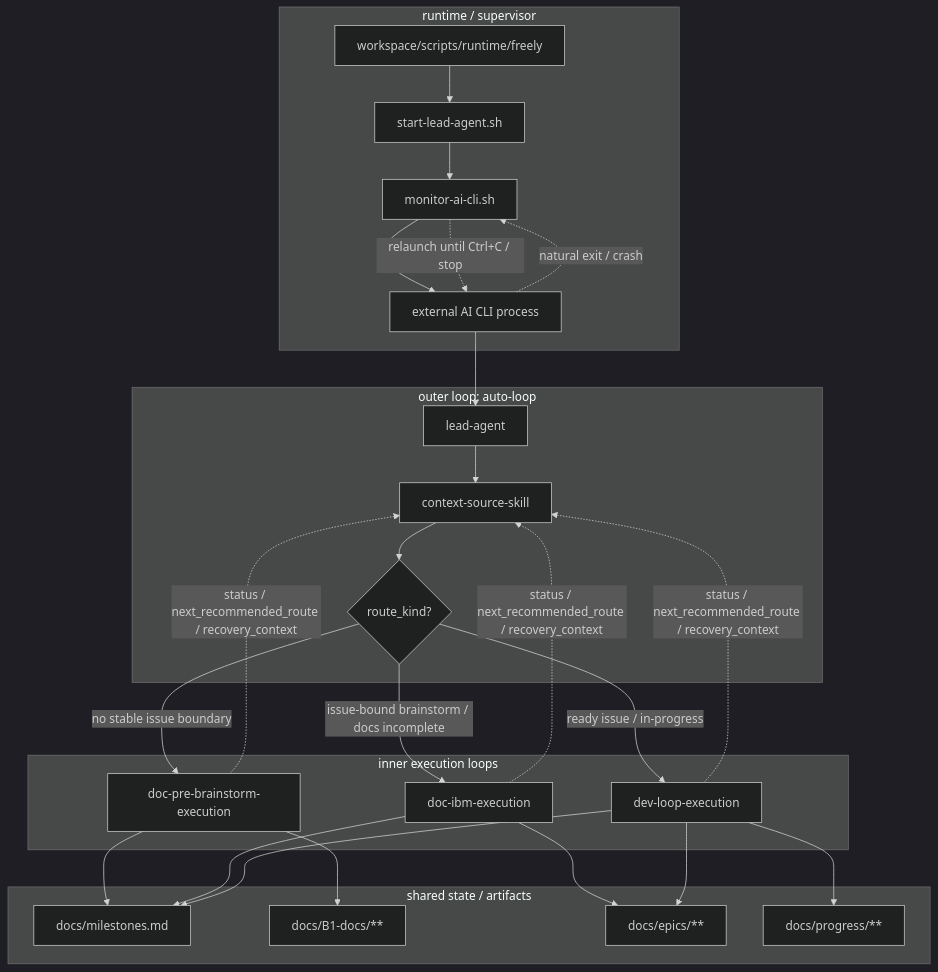
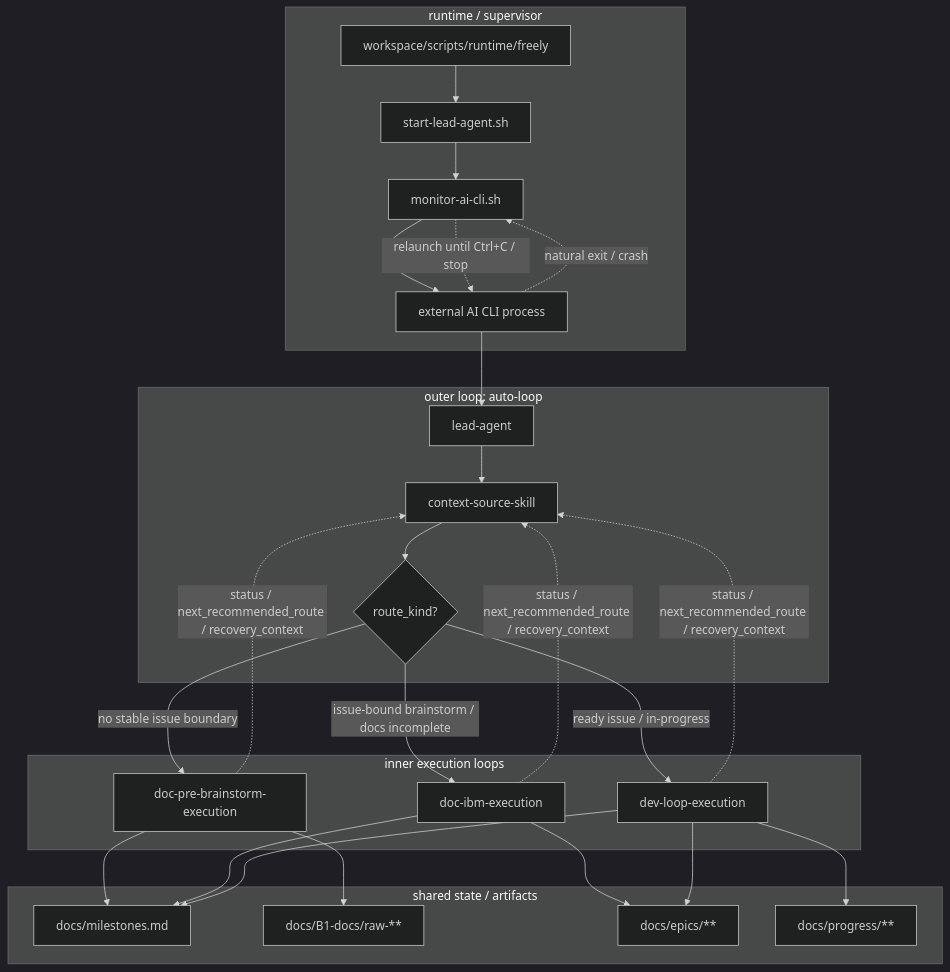
One commit to chatterzhao/freely changed the second of 2 diagrams in docs/B1-docs/raw-20260306-0248/brainstorms.md. Above: the diagram before and after it, drawn with Mermaid (dark theme). The commit also changed other lines of this file and 214 other files, not shown here.

````diff
--- a/docs/B1-docs/raw-20260306-0248/brainstorms.md
+++ b/docs/B1-docs/raw-20260306-0248/brainstorms.md
@@ -1470,50 +1470,50 @@
 ```mermaid
 flowchart TD
     subgraph RT["runtime / supervisor"]
         R0["workspace/scripts/runtime/freely"]
         R1["start-lead-agent.sh"]
         R2["monitor-ai-cli.sh"]
         R3["external AI CLI process"]
     end
 
     subgraph OUTER["outer loop: auto-loop"]
         A0["lead-agent"]
         A1["context-source-skill"]
         A2{"route_kind?"}
     end
 
     subgraph INNER["inner execution loops"]
         D0["doc-pre-brainstorm-execution"]
         D1["doc-ibm-execution"]
         D2["dev-loop-execution"]
     end
 
     subgraph STATE["shared state / artifacts"]
         S0["docs/milestones.md"]
-        S1["docs/B1-docs/**"]
+        S1["docs/B1-docs/raw-**"]
         S2["docs/epics/**"]
         S3["docs/progress/**"]
     end
 
     R0 --> R1 --> R2 --> R3
     R3 --> A0 --> A1 --> A2
 
     A2 -->|"no stable issue boundary"| D0
     A2 -->|"issue-bound brainstorm / docs incomplete"| D1
     A2 -->|"ready issue / in-progress"| D2
 
     D0 --> S0
     D0 --> S1
     D1 --> S0
     D1 --> S2
     D2 --> S0
     D2 --> S2
     D2 --> S3
 
     D0 -. "status / next_recommended_route / recovery_context" .-> A1
     D1 -. "status / next_recommended_route / recovery_context" .-> A1
     D2 -. "status / next_recommended_route / recovery_context" .-> A1
 
     R3 -. "natural exit / crash" .-> R2
     R2 -. "relaunch until Ctrl+C / stop" .-> R3
 ```
````
